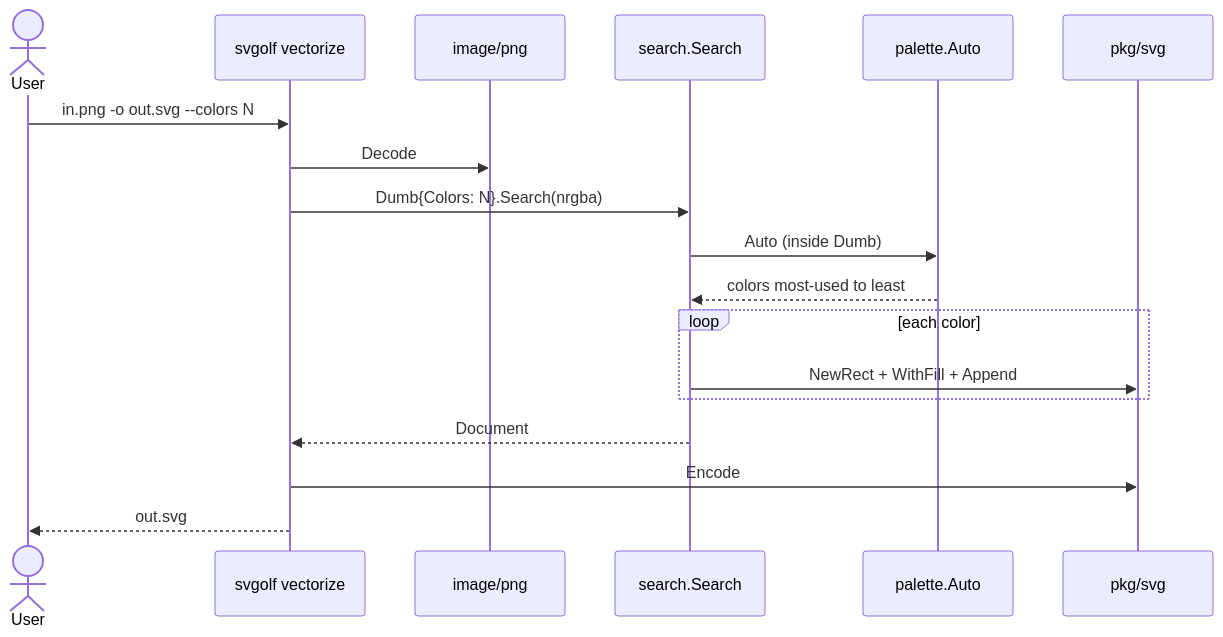
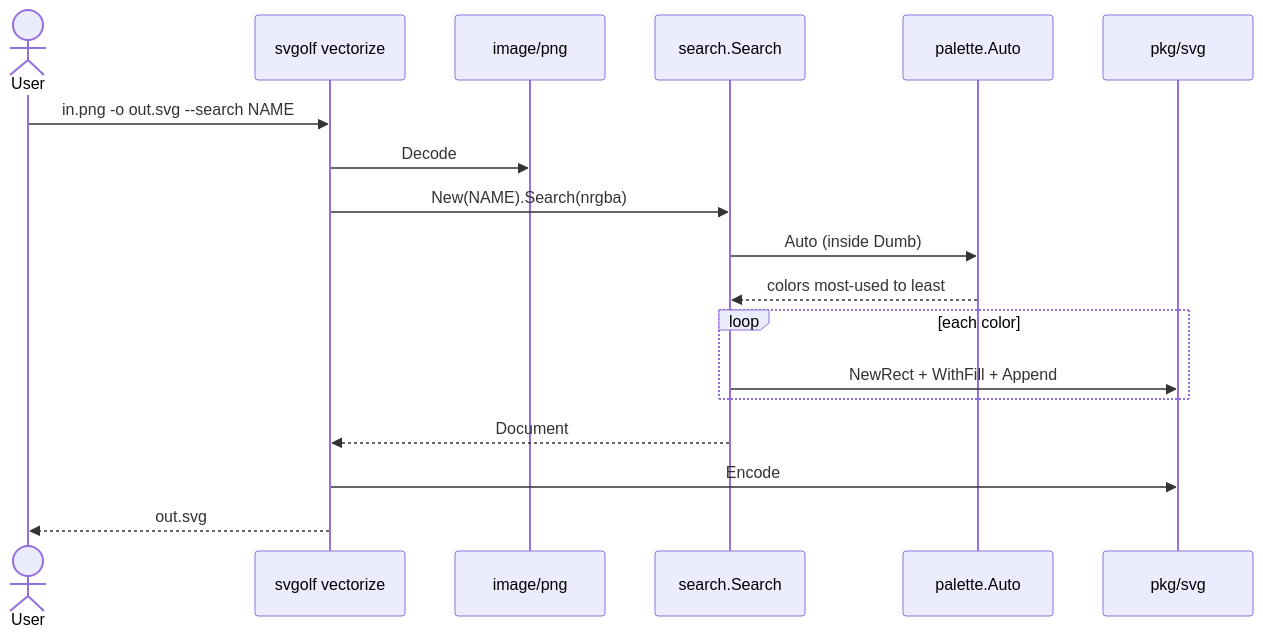
One commit to lewtec/svgolf changed the second of 5 diagrams in SPEC.md. Above: the diagram before and after it, drawn with Mermaid. The commit also changed other lines of this file and 11 other files, not shown here.

````diff
--- a/SPEC.md
+++ b/SPEC.md
@@ -972,20 +991,20 @@
 ```mermaid
 sequenceDiagram
   actor User
   participant CLI as svgolf vectorize
   participant PNG as image/png
   participant Search as search.Search
   participant Pal as palette.Auto
   participant SVG as pkg/svg
-  User->>CLI: in.png -o out.svg --colors N
+  User->>CLI: in.png -o out.svg --search NAME
   CLI->>PNG: Decode
-  CLI->>Search: Dumb{Colors: N}.Search(nrgba)
+  CLI->>Search: New(NAME).Search(nrgba)
   Search->>Pal: Auto (inside Dumb)
   Pal-->>Search: colors most-used to least
   loop each color
     Search->>SVG: NewRect + WithFill + Append
   end
   Search-->>CLI: Document
   CLI->>SVG: Encode
   CLI-->>User: out.svg
 ```
````
